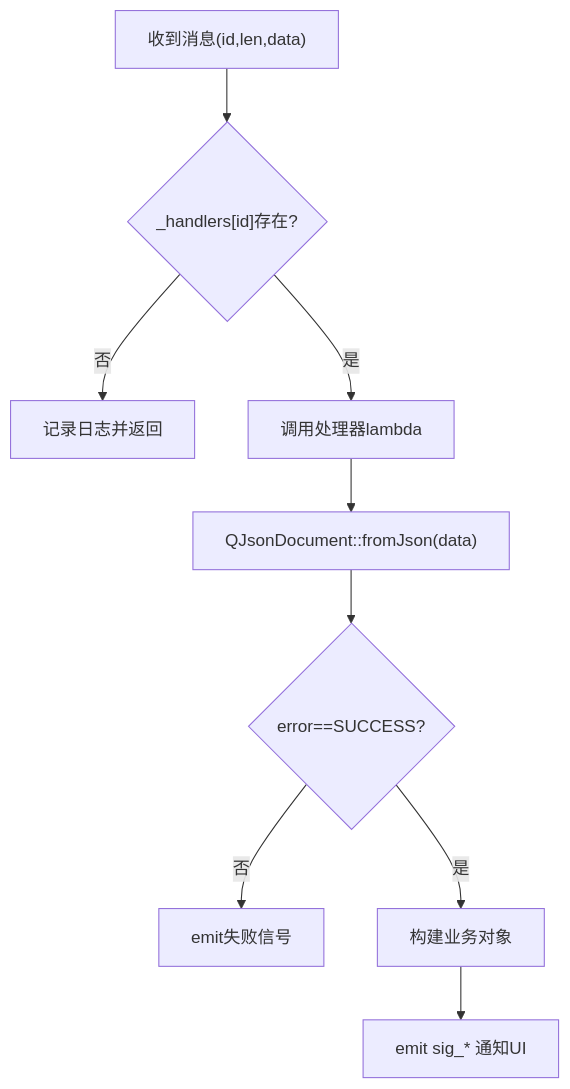
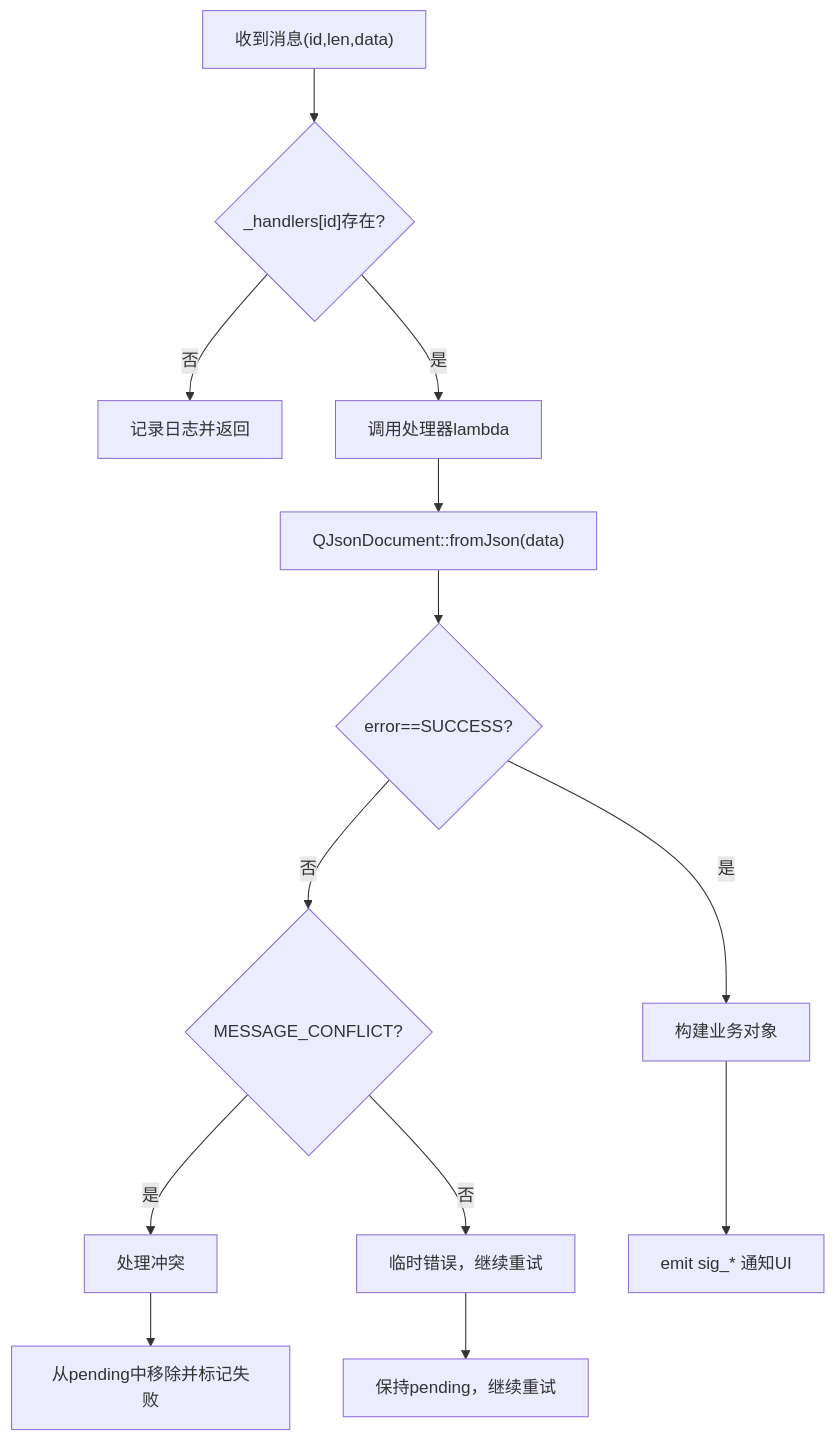
One commit to echo9923/mychatter changed the seventh of 12 diagrams in .qoder/repowiki/zh/content/客户端开发/网络通信/TCP通信.md. Above: the diagram before and after it, drawn with Mermaid. The commit also changed other lines of this file and 54 other files, not shown here.

````diff
--- a/.qoder/repowiki/zh/content/客户端开发/网络通信/TCP通信.md
+++ b/.qoder/repowiki/zh/content/客户端开发/网络通信/TCP通信.md
@@ -282,11 +354,15 @@
 ```mermaid
 flowchart TD
 Rcv["收到消息(id,len,data)"] --> Find{"_handlers[id]存在?"}
 Find --> |否| Log["记录日志并返回"]
 Find --> |是| Call["调用处理器lambda"]
 Call --> Json["QJsonDocument::fromJson(data)"]
 Json --> CheckErr{"error==SUCCESS?"}
-CheckErr --> |否| NotifyErr["emit失败信号"]
+CheckErr --> |否| CheckConflict{"MESSAGE_CONFLICT?"}
+CheckConflict --> |是| HandleConflict["处理冲突"]
+CheckConflict --> |否| Transient["临时错误，继续重试"]
 CheckErr --> |是| Build["构建业务对象"]
 Build --> Emit["emit sig_* 通知UI"]
+HandleConflict --> RemovePending["从pending中移除并标记失败"]
+Transient --> ContinueRetry["保持pending，继续重试"]
 ```
````
